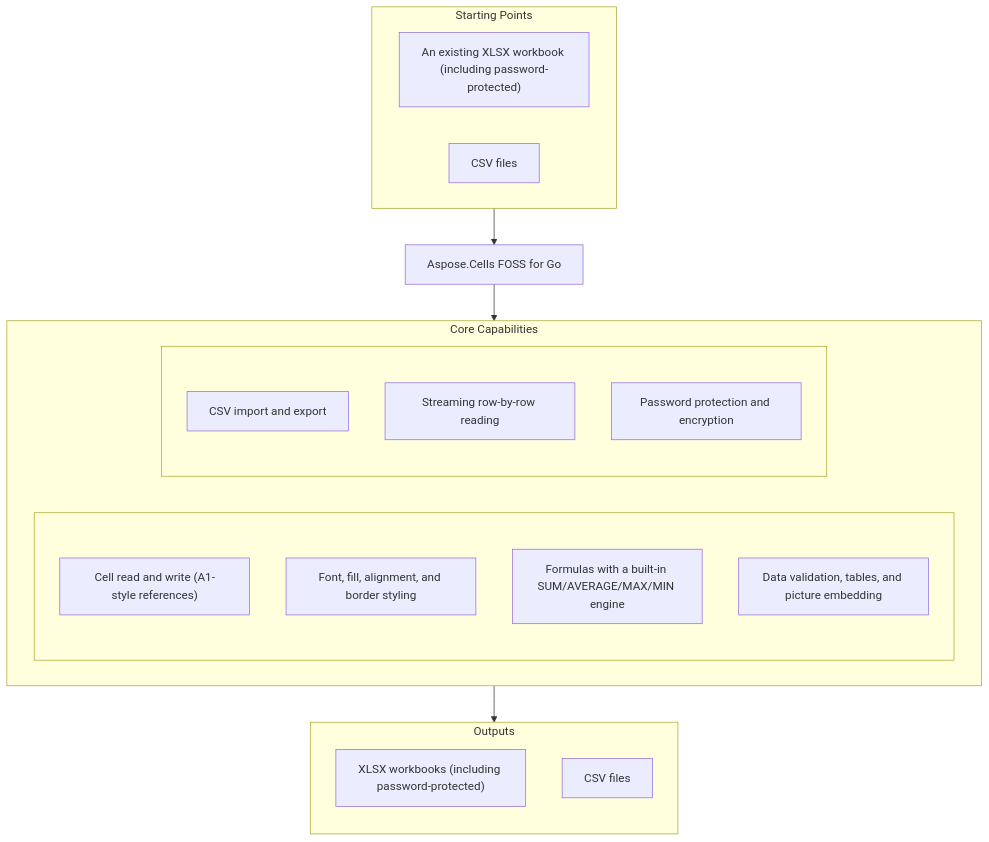
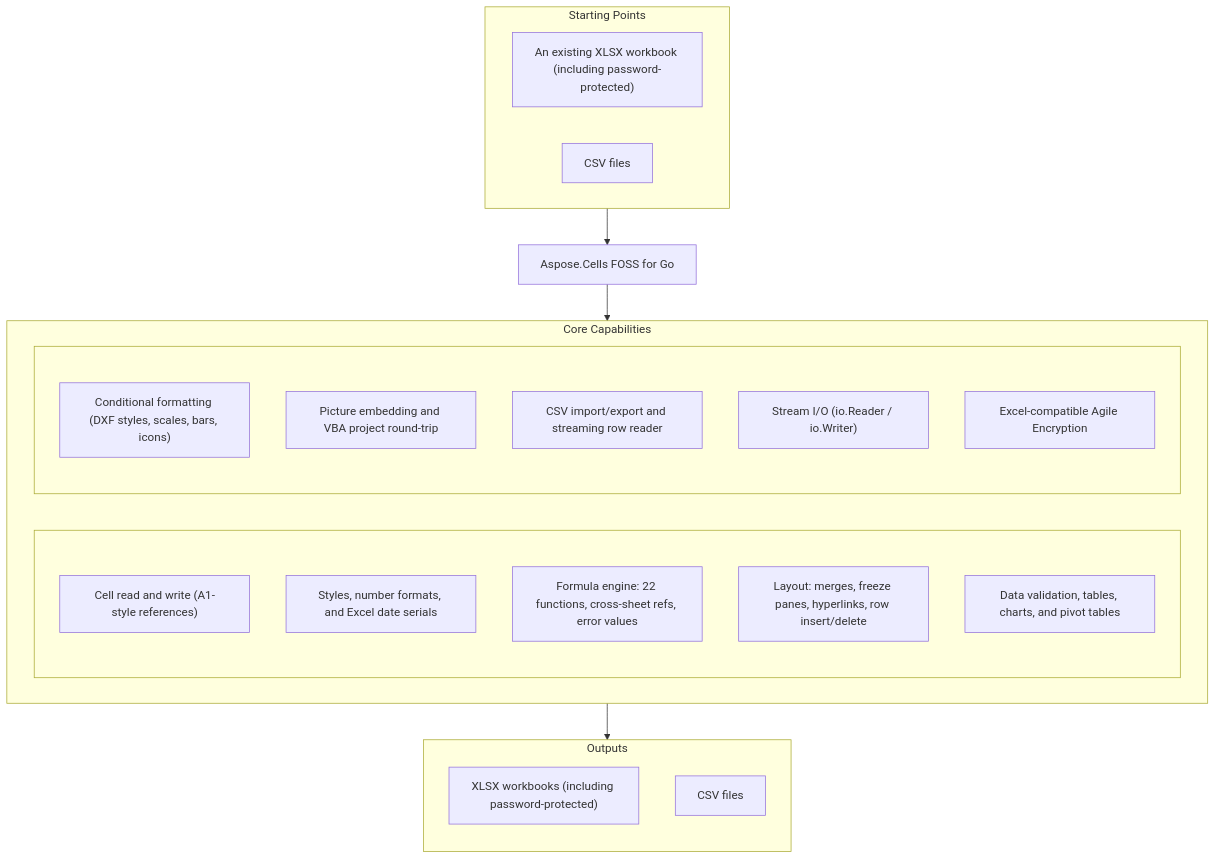
The diagram in README.md (aspose-cells-foss/Aspose.Cells-FOSS-for-Go), drawn with Mermaid before and after one commit. The commit also changed other lines of this file and 2 other files, not shown here.

First line of the commit message:
ISSUE-CELLSGO-338(AI Matched): **feat: release v26.11 with comprehensive Excel handling, typed cell access, and expanded docs**

````diff
--- a/README.md
+++ b/README.md
@@ -45,31 +49,34 @@
 ```mermaid
 flowchart TD
   subgraph StartingPoints["Starting Points"]
     direction LR
     i1["An existing XLSX workbook (including password-protected)"]
     i2["CSV files"]
   end
   PRODUCT["Aspose.Cells FOSS for Go"]
   subgraph Capabilities["Core Capabilities"]
     direction LR
     subgraph capl[" "]
       direction TB
       c1["Cell read and write (A1-style references)"]
-      c2["Font, fill, alignment, and border styling"]
-      c3["Formulas with a built-in SUM/AVERAGE/MAX/MIN engine"]
-      c4["Data validation, tables, and picture embedding"]
+      c2["Styles, number formats, and Excel date serials"]
+      c3["Formula engine: 22 functions, cross-sheet refs, error values"]
+      c4["Layout: merges, freeze panes, hyperlinks, row insert/delete"]
+      c5["Data validation, tables, charts, and pivot tables"]
     end
     subgraph capr[" "]
       direction TB
-      c5["CSV import and export"]
-      c6["Streaming row-by-row reading"]
-      c7["Password protection and encryption"]
+      c6["Conditional formatting (DXF styles, scales, bars, icons)"]
+      c7["Picture embedding and VBA project round-trip"]
+      c8["CSV import/export and streaming row reader"]
+      c9["Stream I/O (io.Reader / io.Writer)"]
+      c10["Excel-compatible Agile Encryption"]
     end
   end
   subgraph Outputs["Outputs"]
     direction TB
     o1["XLSX workbooks (including password-protected)"]
     o2["CSV files"]
   end
   StartingPoints --> PRODUCT --> Capabilities --> Outputs
 ```
````
